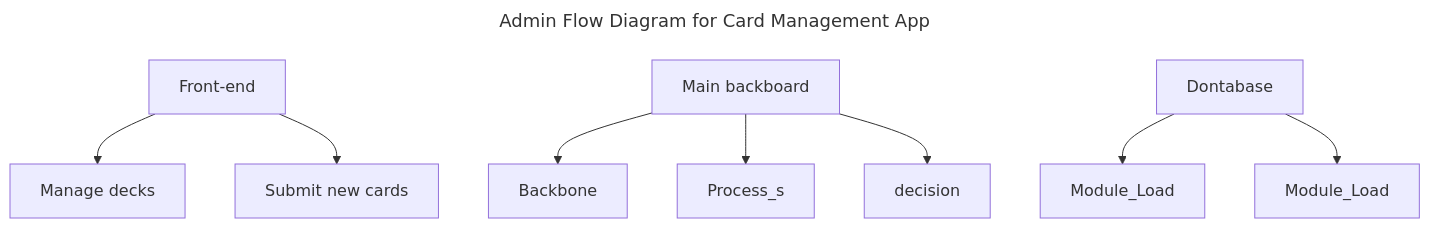
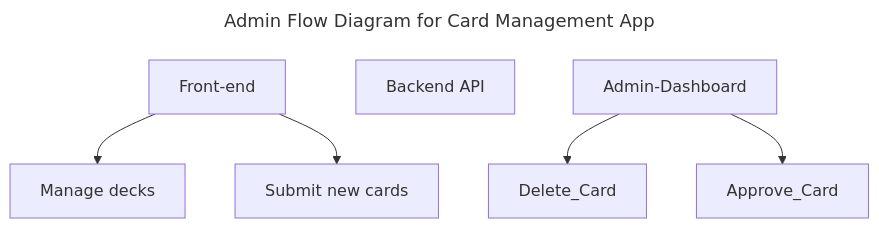
Before and after one commit to yjacobo3573/git-practice-Yulisa-Sandoval: the third of 3 diagrams in PokemonGame/README.md, drawn with Mermaid.

````diff
--- a/PokemonGame/README.md
+++ b/PokemonGame/README.md
@@ -41,17 +41,15 @@
 ```mermaid
 ---
 title: Admin Flow Diagram for Card Management App
 ---
 
 flowchart TD
     A[Front-end] --> B[Manage decks]
     A --> C[Submit new cards]
     
-    D[Main backboard] --> E[Backbone]
-    D --> F[Process_s]
-    D --> G[decision]
+    D[Backend API] 
     
-    H[Dontabase] --> I[Module_Load]
-    H --> J[Module_Load]
+    H[Admin-Dashboard] --> I[Delete_Card]
+    H --> J[Approve_Card]
 
 ```
````
